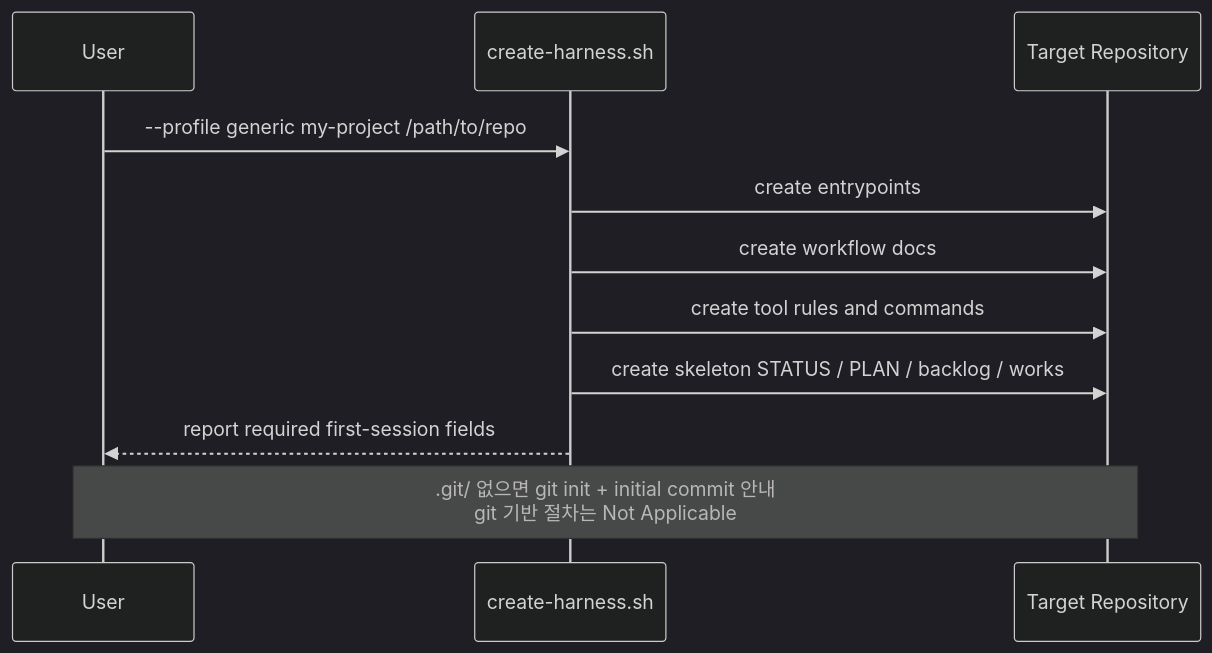
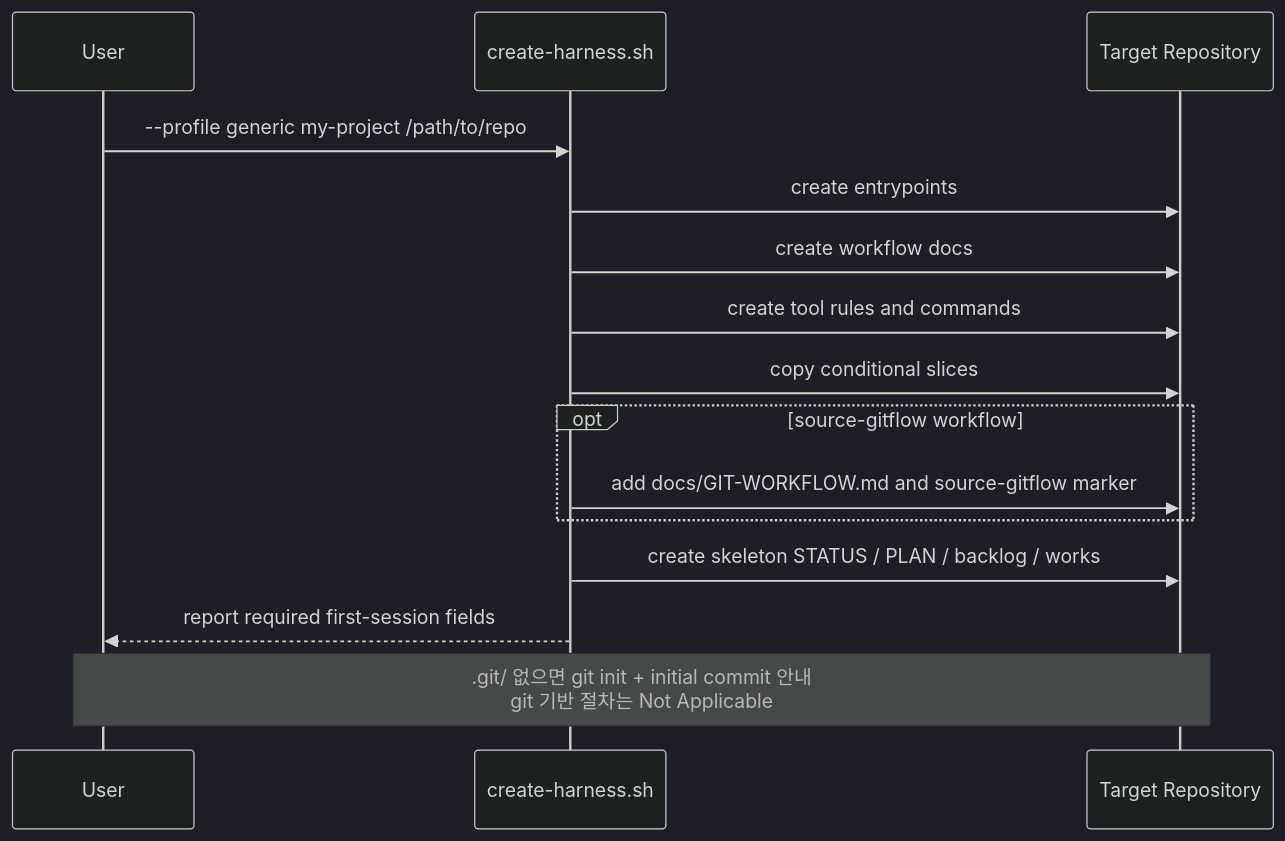
The fifth of 7 diagrams in docs/HARNESS-STRUCTURE.md (kyungseo/ai-workflow-harness), drawn with Mermaid (dark theme) before and after one commit. The commit also changed other lines of this file and 1 other file, not shown here.

````diff
--- a/docs/HARNESS-STRUCTURE.md
+++ b/docs/HARNESS-STRUCTURE.md
@@ -140,14 +179,18 @@
 ```mermaid
 sequenceDiagram
     participant U as User
     participant S as create-harness.sh
     participant T as Target Repository
 
     U->>S: --profile generic my-project /path/to/repo
     S->>T: create entrypoints
     S->>T: create workflow docs
     S->>T: create tool rules and commands
+    S->>T: copy conditional slices
+    opt source-gitflow workflow
+        S->>T: add docs/GIT-WORKFLOW.md and source-gitflow marker
+    end
     S->>T: create skeleton STATUS / PLAN / backlog / works
     S-->>U: report required first-session fields
     Note over U,T: .git/ 없으면 git init + initial commit 안내<br/>git 기반 절차는 Not Applicable
 ```
````
